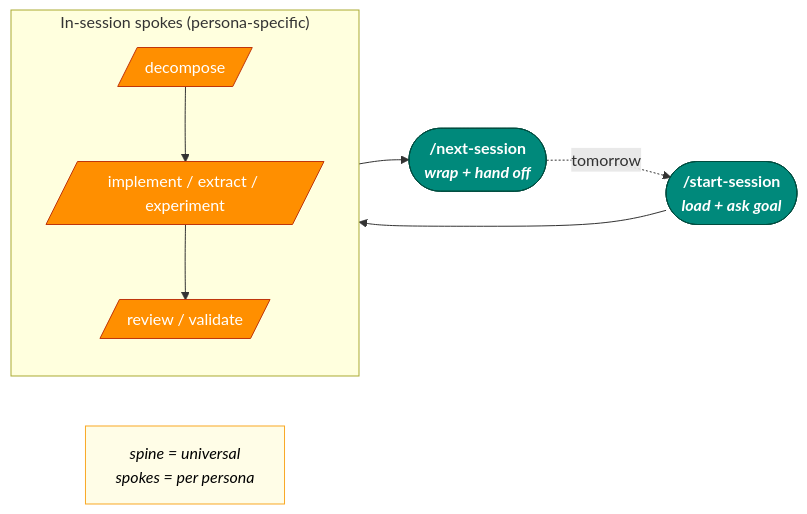
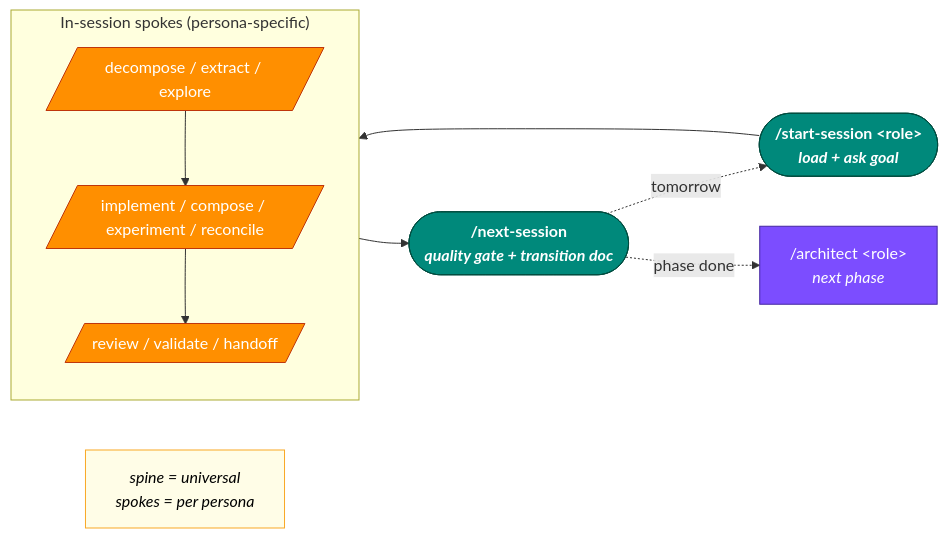
The diagram in materials/diagrams/d06-session-loop.mmd (axel-sirota/cursor-course-templates), drawn with Mermaid before and after one commit. The commit also changed 58 other files, not shown here.

First line of the commit message:
feat(intuit): enforce persona flow gates, fix slide diagrams, add basic concepts section

```diff
--- a/materials/diagrams/d06-session-loop.mmd
+++ b/materials/diagrams/d06-session-loop.mmd
@@ -1,24 +1,28 @@
 flowchart LR
-  ST(["/start-session<br/><i>load + ask goal</i>"])
+  ST(["/start-session &lt;role&gt;<br/><i>load + ask goal</i>"])
 
   subgraph SPOKES["In-session spokes (persona-specific)"]
     direction TB
-    SK1[/"decompose"/]
-    SK2[/"implement / extract / experiment"/]
-    SK3[/"review / validate"/]
+    SK1[/"decompose / extract / explore"/]
+    SK2[/"implement / compose / experiment / reconcile"/]
+    SK3[/"review / validate / handoff"/]
     SK1 --> SK2 --> SK3
   end
 
-  NS(["/next-session<br/><i>wrap + hand off</i>"])
+  NS(["/next-session<br/><i>quality gate + transition doc</i>"])
+  AR["/architect &lt;role&gt;<br/><i>next phase</i>"]
 
   ST --> SPOKES --> NS
   NS -.->|tomorrow| ST
+  NS -.->|phase done| AR
 
   NOTE["spine = universal<br/>spokes = per persona"]
 
   classDef spine fill:#00897b,stroke:#004d40,color:#fff,font-weight:bold;
+  classDef arch fill:#7c4dff,stroke:#4527a0,color:#fff;
   classDef spoke fill:#ff8f00,stroke:#bf360c,color:#fff;
   classDef note fill:#fffde7,stroke:#f9a825,color:#000,font-style:italic;
   class ST,NS spine;
+  class AR arch;
   class SK1,SK2,SK3 spoke;
   class NOTE note;
```
